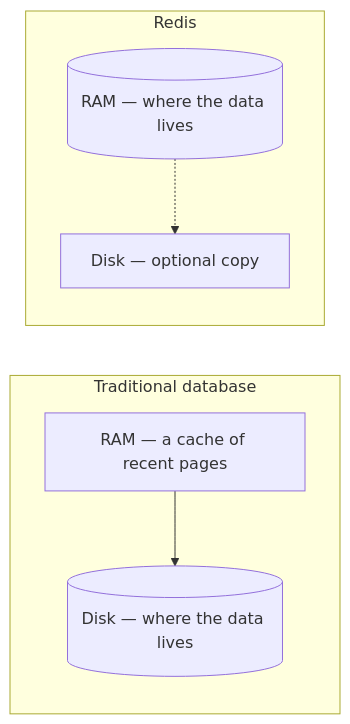
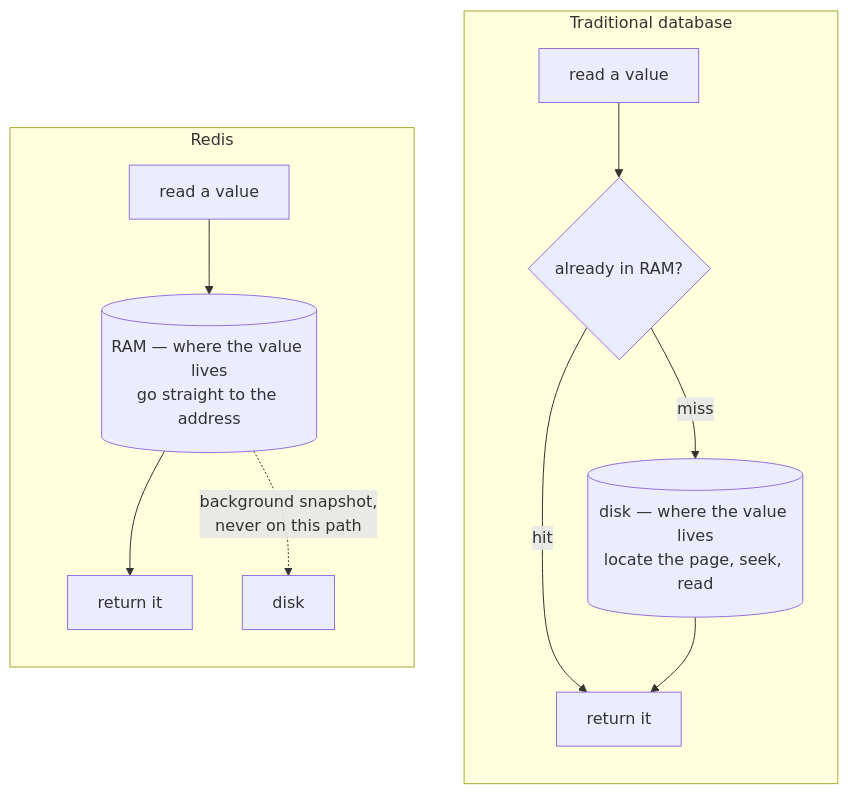
The first of 2 diagrams in Backend Engineering/17-Caching-With-Redis/03-What-Redis-Is.md (Dummy-Bug/system-design-handbook), drawn with Mermaid before and after one commit. The commit also changed 10 other files, not shown here.

````diff
--- a/Backend Engineering/17-Caching-With-Redis/03-What-Redis-Is.md
+++ b/Backend Engineering/17-Caching-With-Redis/03-What-Redis-Is.md
@@ -7,9 +7,16 @@
 ```mermaid
-flowchart LR
+flowchart TB
     subgraph T["Traditional database"]
-        TR["RAM — a cache of recent pages"] --> TD[("Disk — where the data lives")]
+        direction TB
+        TQ["read a value"] --> TC{"already in RAM?"}
+        TC -- "hit" --> TA["return it"]
+        TC -- "miss" --> TD[("disk — where the value lives<br/>locate the page, seek, read")]
+        TD --> TA
     end
     subgraph R["Redis"]
-        RR[("RAM — where the data lives")] -.-> RD["Disk — optional copy"]
+        direction TB
+        RQ["read a value"] --> RR[("RAM — where the value lives<br/>go straight to the address")]
+        RR --> RA["return it"]
+        RR -. "background snapshot,<br/>never on this path" .-> RD["disk"]
     end
 ```
````
